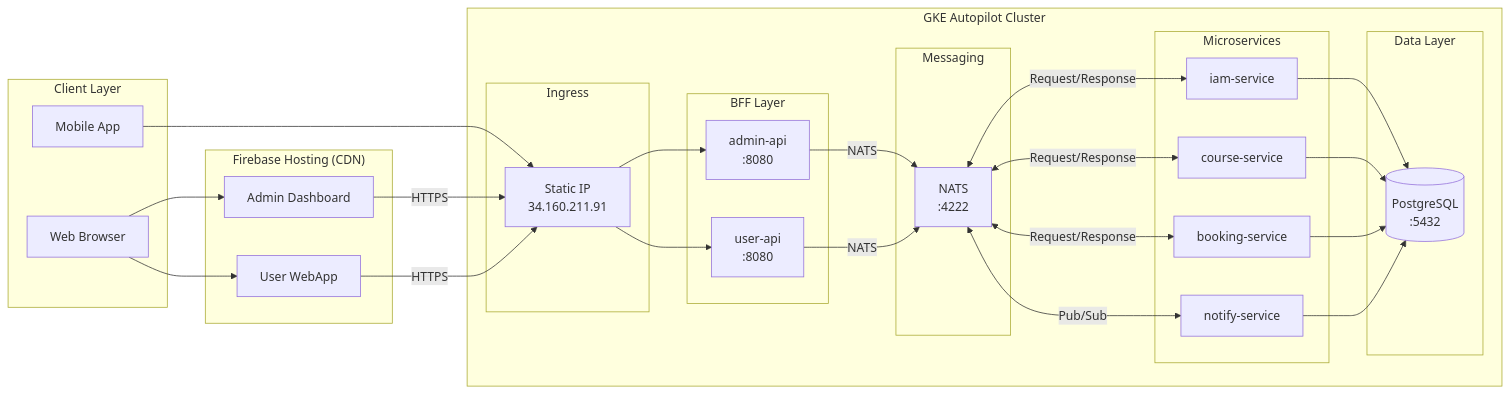
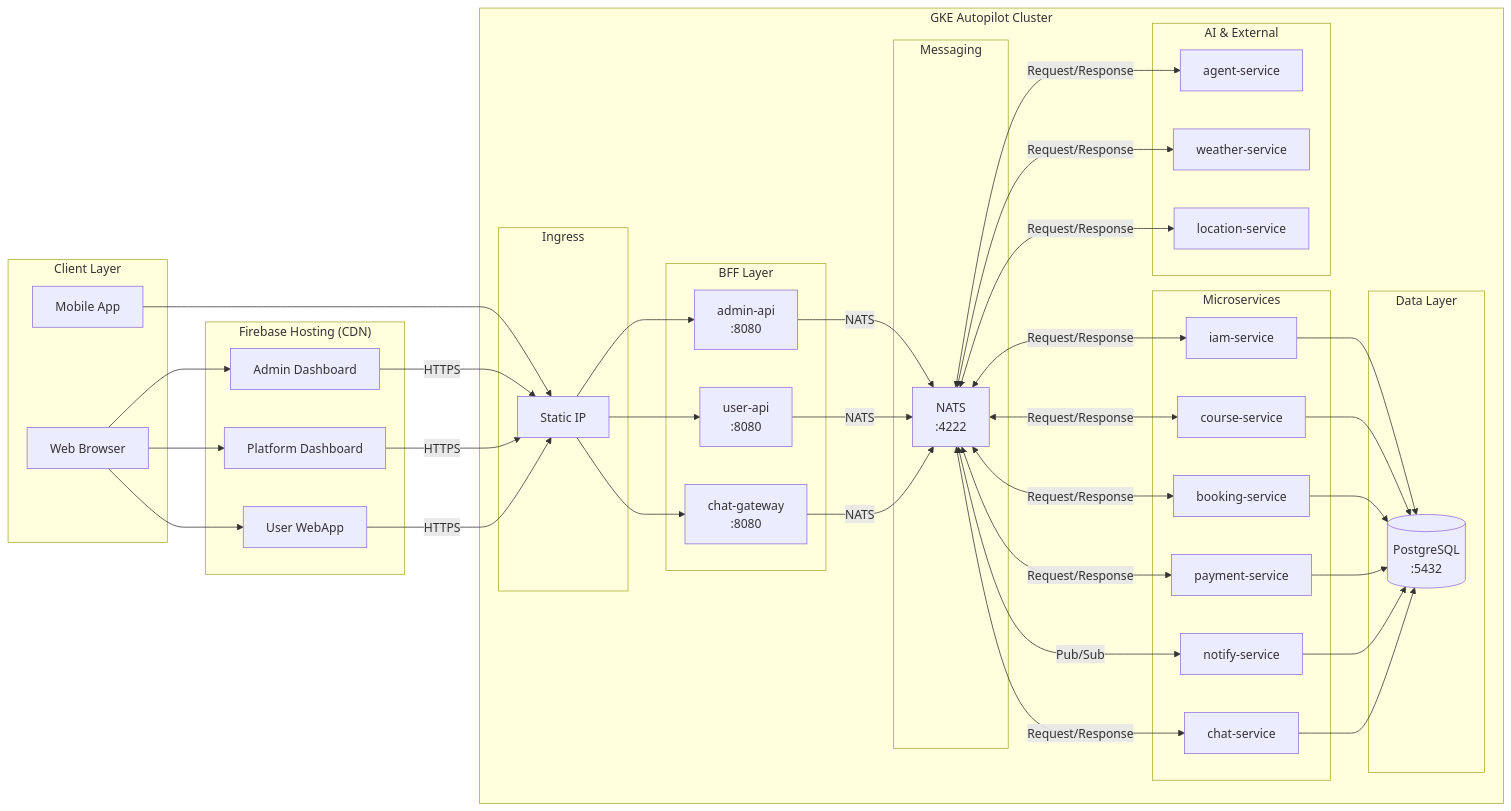
Before and after one commit to uniyous/parkgolf-platform: the second of 2 diagrams in docs/GCP_INFRASTRUCTURE.md, drawn with Mermaid. The commit also changed other lines of this file and 2 other files, not shown here.

First line of the commit message:
docs: ARCHITECTURE, GCP_INFRASTRUCTURE, CICD_GUIDE 문서 현행화

````diff
--- a/docs/GCP_INFRASTRUCTURE.md
+++ b/docs/GCP_INFRASTRUCTURE.md
@@ -90,61 +104,82 @@
 ```mermaid
 flowchart LR
     subgraph CLIENT["Client Layer"]
         WEB["Web Browser"]
         MOBILE["Mobile App"]
     end
 
     subgraph HOSTING["Firebase Hosting (CDN)"]
         ADMIN_UI["Admin Dashboard"]
+        PLATFORM_UI["Platform Dashboard"]
         USER_UI["User WebApp"]
     end
 
     subgraph GKE["GKE Autopilot Cluster"]
         subgraph INGRESS["Ingress"]
-            ING["Static IP<br/>34.160.211.91"]
+            ING["Static IP"]
         end
 
         subgraph BFF["BFF Layer"]
             ADMIN_API["admin-api<br/>:8080"]
             USER_API["user-api<br/>:8080"]
+            CHAT_GW["chat-gateway<br/>:8080"]
         end
 
         subgraph SERVICES["Microservices"]
             IAM["iam-service"]
             COURSE["course-service"]
             BOOKING["booking-service"]
+            PAY["payment-service"]
             NOTIFY["notify-service"]
+            CHAT["chat-service"]
+        end
+
+        subgraph AI_EXT["AI & External"]
+            AGENT["agent-service"]
+            WEATHER["weather-service"]
+            LOCATION["location-service"]
         end
 
         subgraph MESSAGING["Messaging"]
             NATS["NATS<br/>:4222"]
         end
 
         subgraph DATA["Data Layer"]
             SQL[("PostgreSQL<br/>:5432")]
         end
     end
 
     WEB --> ADMIN_UI
+    WEB --> PLATFORM_UI
     WEB --> USER_UI
     MOBILE --> ING
 
     ADMIN_UI -->|HTTPS| ING
+    PLATFORM_UI -->|HTTPS| ING
     USER_UI -->|HTTPS| ING
 
     ING --> ADMIN_API
     ING --> USER_API
+    ING --> CHAT_GW
 
     ADMIN_API -->|NATS| NATS
     USER_API -->|NATS| NATS
+    CHAT_GW -->|NATS| NATS
 
     NATS <-->|Request/Response| IAM
     NATS <-->|Request/Response| COURSE
     NATS <-->|Request/Response| BOOKING
+    NATS <-->|Request/Response| PAY
     NATS <-->|Pub/Sub| NOTIFY
+    NATS <-->|Request/Response| CHAT
+    NATS <-->|Request/Response| AGENT
+    NATS <-->|Request/Response| WEATHER
+    NATS <-->|Request/Response| LOCATION
 
     IAM --> SQL
     COURSE --> SQL
     BOOKING --> SQL
+    PAY --> SQL
     NOTIFY --> SQL
+    CHAT --> SQL
 ```
````
